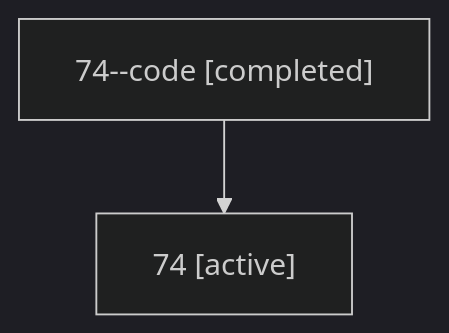
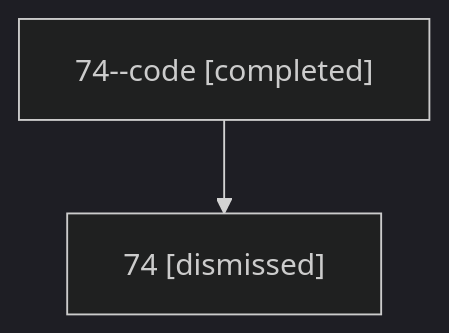
The diagram in sessions/bbugyi200.athena.74.md (sase-org/sase--agents), drawn with Mermaid (dark theme) before and after one commit. The commit also changed other lines of this file and 34 other files, not shown here.

````diff
--- a/sessions/bbugyi200.athena.74.md
+++ b/sessions/bbugyi200.athena.74.md
@@ -9,6 +9,6 @@
 ```mermaid
 flowchart TD
   n0["74--code [completed]"]
-  n1["74 [active]"]
+  n1["74 [dismissed]"]
   n0 --> n1
 ```
````
